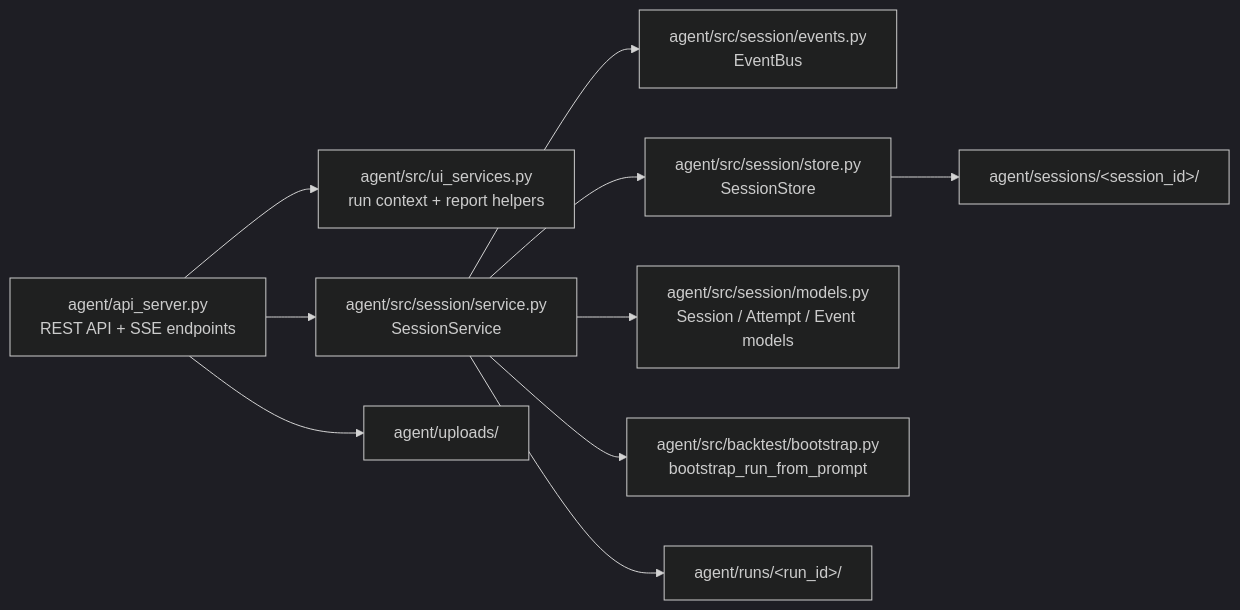
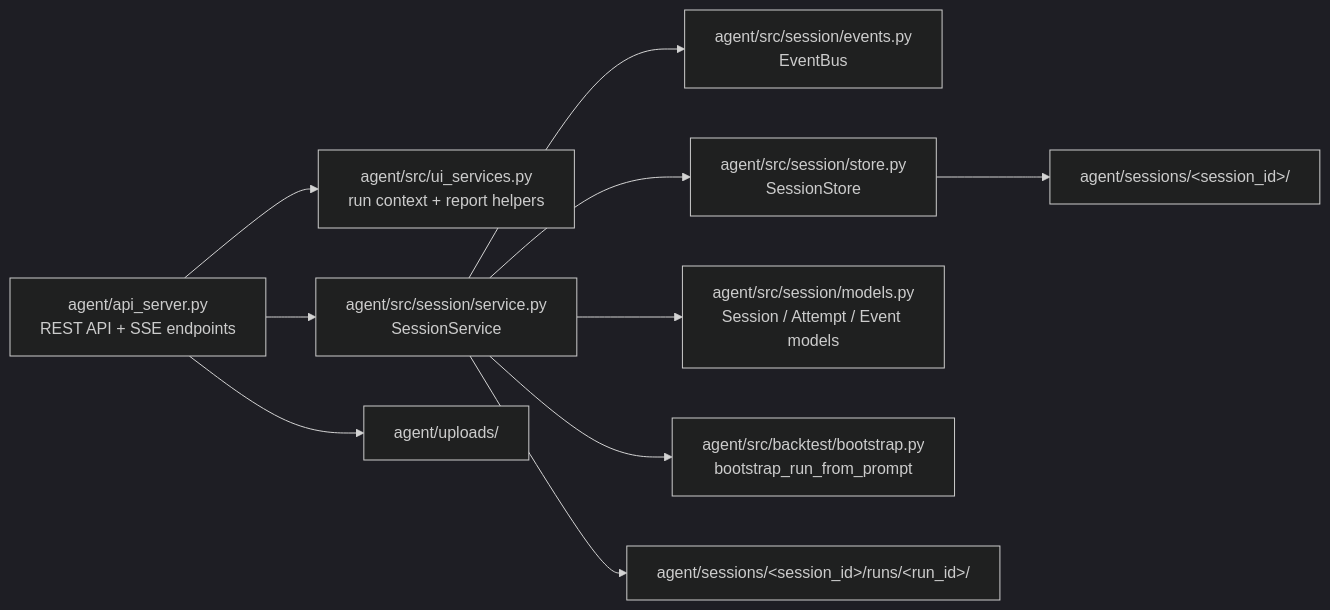
One commit to chris-han/Vibe-Trading changed diagram 20 of 22 in Architecture-Design.md. Above: the diagram before and after it, drawn with Mermaid (dark theme). The commit also changed other lines of this file and 3 other files, not shown here.

````diff
--- a/Architecture-Design.md
+++ b/Architecture-Design.md
@@ -1743,23 +1743,23 @@
 ```mermaid
 flowchart LR
     API["agent/api_server.py<br/>REST API + SSE endpoints"]
     UI["agent/src/ui_services.py<br/>run context + report helpers"]
     SVC["agent/src/session/service.py<br/>SessionService"]
     EVT["agent/src/session/events.py<br/>EventBus"]
     STORE["agent/src/session/store.py<br/>SessionStore"]
     MODELS["agent/src/session/models.py<br/>Session / Attempt / Event models"]
     BOOT["agent/src/backtest/bootstrap.py<br/>bootstrap_run_from_prompt"]
     SESSDIR["agent/sessions/&lt;session_id&gt;/"]
-    RUNSDIR["agent/runs/&lt;run_id&gt;/"]
+    RUNSDIR["agent/sessions/&lt;session_id&gt;/runs/&lt;run_id&gt;/"]
     UPLOADS["agent/uploads/"]
 
     API --> SVC
     API --> UI
     API --> UPLOADS
     SVC --> EVT
     SVC --> STORE
     SVC --> MODELS
     SVC --> BOOT
     STORE --> SESSDIR
     SVC --> RUNSDIR
 ```
````
